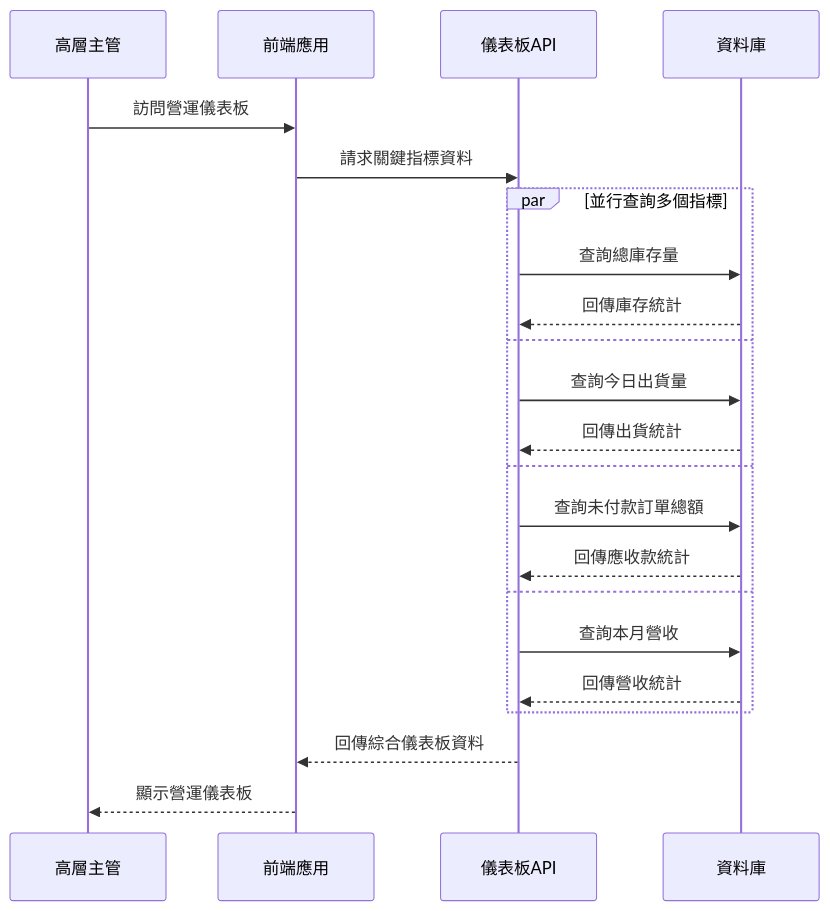
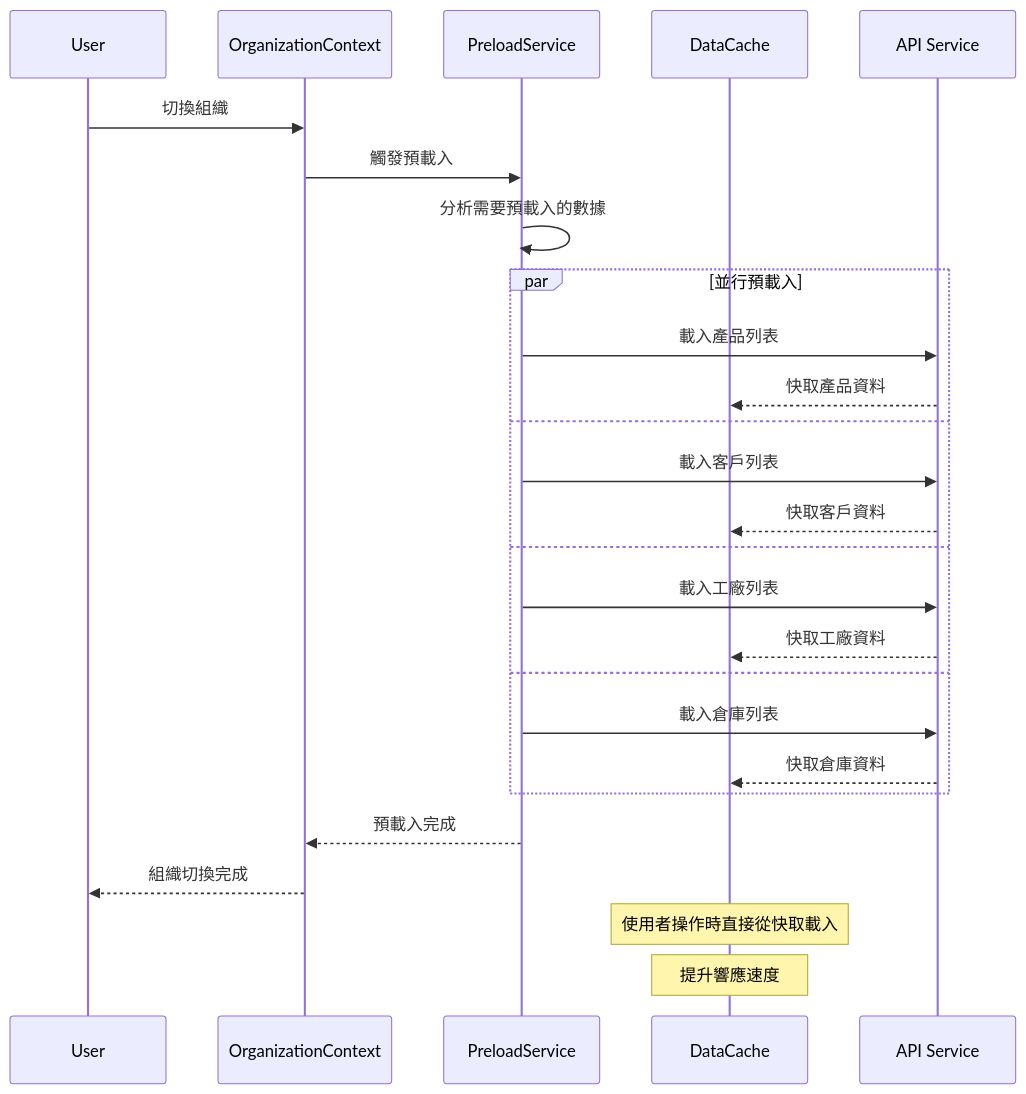
Before and after one commit to quinticechen/qerp-system: diagram 16 of 18 in docs/SEQUENCE_DIAGRAMS.md, drawn with Mermaid. The commit also changed other lines of this file and 9 other files, not shown here.

````diff
--- a/docs/SEQUENCE_DIAGRAMS.md
+++ b/docs/SEQUENCE_DIAGRAMS.md
@@ -468,27 +573,32 @@
 ```mermaid
 sequenceDiagram
-    participant Manager as 高層主管
-    participant Frontend as 前端應用
-    participant DashboardAPI as 儀表板API
-    participant DB as 資料庫
+    participant U as User
+    participant OC as OrganizationContext
+    participant PS as PreloadService
+    participant Cache as DataCache
+    participant API as API Service
 
-    Manager->>Frontend: 訪問營運儀表板
-    Frontend->>DashboardAPI: 請求關鍵指標資料
+    U->>OC: 切換組織
+    OC->>PS: 觸發預載入
+    PS->>PS: 分析需要預載入的數據
     
-    par 並行查詢多個指標
-        DashboardAPI->>DB: 查詢總庫存量
-        DB-->>DashboardAPI: 回傳庫存統計
+    par 並行預載入
+        PS->>API: 載入產品列表
+        API-->>Cache: 快取產品資料
     and
-        DashboardAPI->>DB: 查詢今日出貨量
-        DB-->>DashboardAPI: 回傳出貨統計
+        PS->>API: 載入客戶列表
+        API-->>Cache: 快取客戶資料
     and
-        DashboardAPI->>DB: 查詢未付款訂單總額
-        DB-->>DashboardAPI: 回傳應收款統計
+        PS->>API: 載入工廠列表
+        API-->>Cache: 快取工廠資料
     and
-        DashboardAPI->>DB: 查詢本月營收
-        DB-->>DashboardAPI: 回傳營收統計
+        PS->>API: 載入倉庫列表
+        API-->>Cache: 快取倉庫資料
     end
     
-    DashboardAPI-->>Frontend: 回傳綜合儀表板資料
-    Frontend-->>Manager: 顯示營運儀表板
+    PS-->>OC: 預載入完成
+    OC-->>U: 組織切換完成
+    
+    Note over Cache: 使用者操作時直接從快取載入
+    Note over Cache: 提升響應速度
 ```
````
